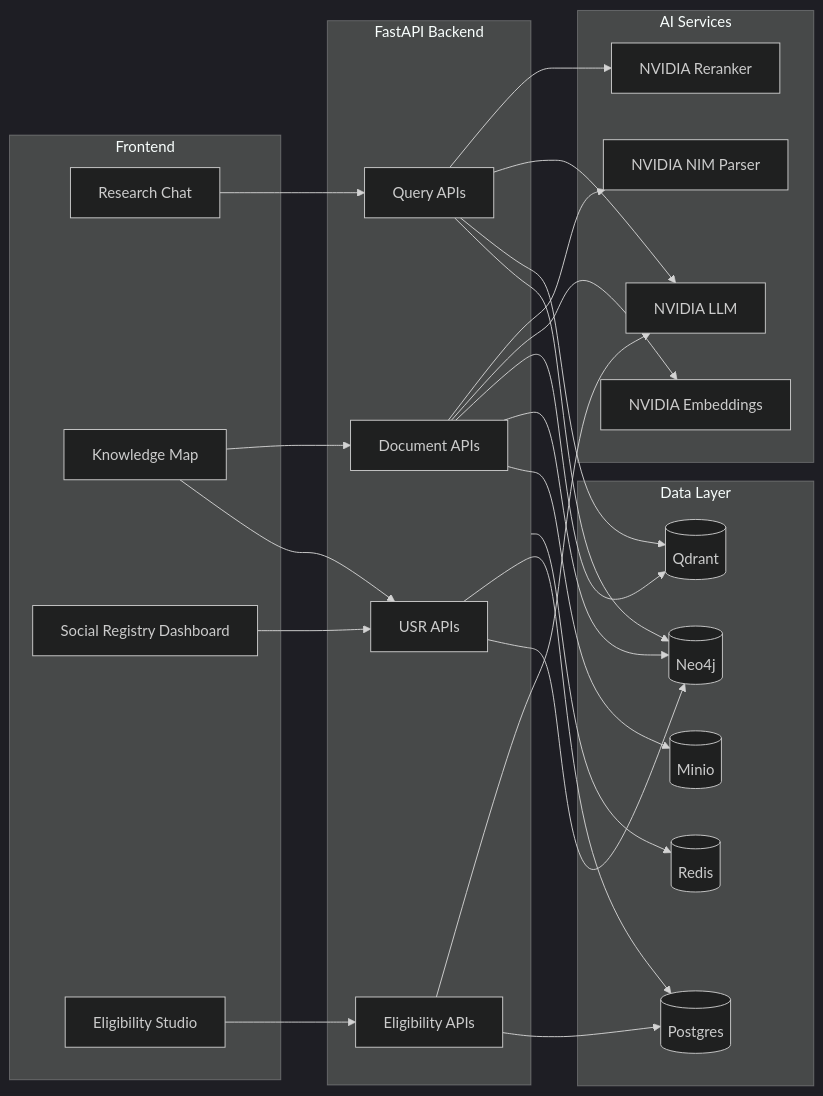
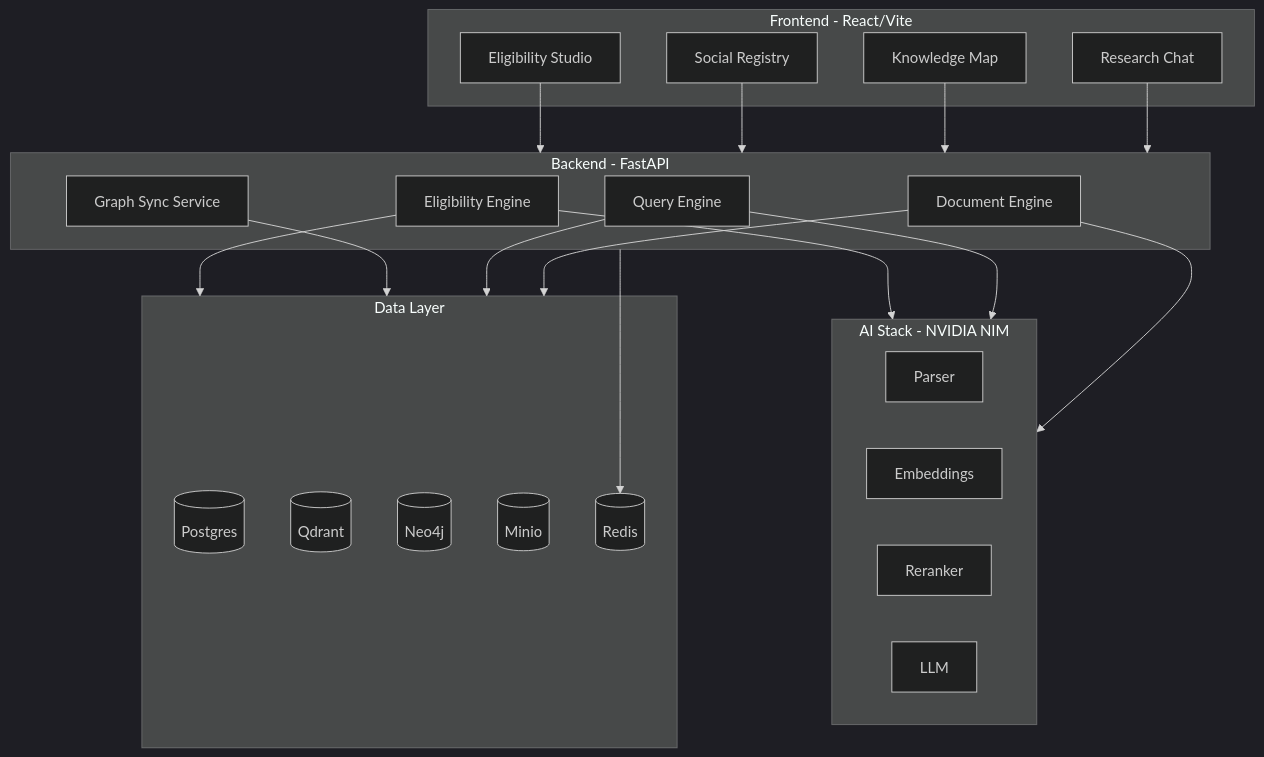
Before and after one commit to pulkitv52/advance-rag: the diagram in README.md, drawn with Mermaid (dark theme). The commit also changed other lines of this file and 5 other files, not shown here.

````diff
--- a/README.md
+++ b/README.md
@@ -43,56 +51,36 @@
 ```mermaid
-flowchart LR
-  subgraph UI[Frontend]
+flowchart TB
+  subgraph UI[Frontend - React/Vite]
     F1[Research Chat]
     F2[Knowledge Map]
-    F3[Social Registry Dashboard]
+    F3[Social Registry]
     F4[Eligibility Studio]
   end
 
-  subgraph API[FastAPI Backend]
-    B1[Document APIs]
-    B2[Query APIs]
-    B3[USR APIs]
-    B4[Eligibility APIs]
+  subgraph API[Backend - FastAPI]
+    B1[Document Engine]
+    B2[Query Engine]
+    B3[Graph Sync Service]
+    B4[Eligibility Engine]
   end
 
-  subgraph AI[AI Services]
-    A1[NVIDIA NIM Parser]
-    A2[NVIDIA Embeddings]
-    A3[NVIDIA Reranker]
-    A4[NVIDIA LLM]
+  subgraph AI[AI Stack - NVIDIA NIM]
+    A1[Parser]
+    A2[Embeddings]
+    A3[Reranker]
+    A4[LLM]
   end
 
   subgraph Data[Data Layer]
     D1[(Postgres)]
     D2[(Qdrant)]
     D3[(Neo4j)]
     D4[(Minio)]
     D5[(Redis)]
   end
 
-  F1 --> B2
-  F2 --> B1
-  F2 --> B3
-  F3 --> B3
-  F4 --> B4
-
-  B1 --> A1
-  B1 --> A2
-  B1 --> D2
-  B1 --> D3
-  B1 --> D4
-
-  B2 --> A3
-  B2 --> A4
-  B2 --> D2
-  B2 --> D3
-
-  B3 --> D1
-  B3 --> D3
-
-  B4 --> A4
-  B4 --> D1
-
+  F1 & F2 & F3 & F4 --> API
+  B1 & B2 & B4 --> AI
+  B1 & B2 & B3 & B4 --> Data
   API --> D5
 ```
````
